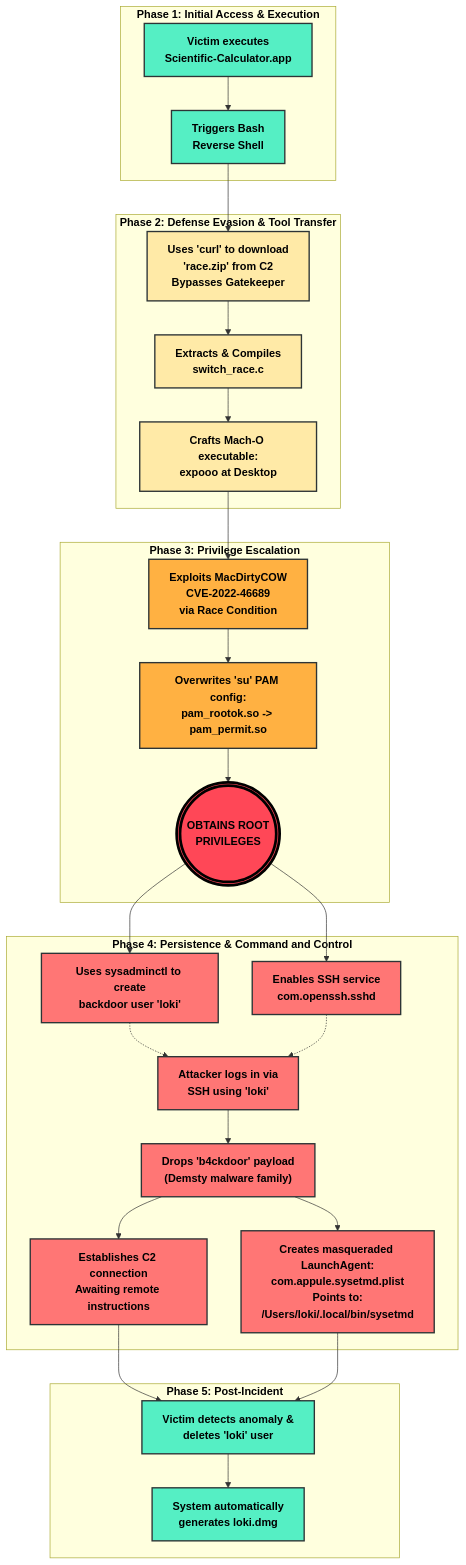
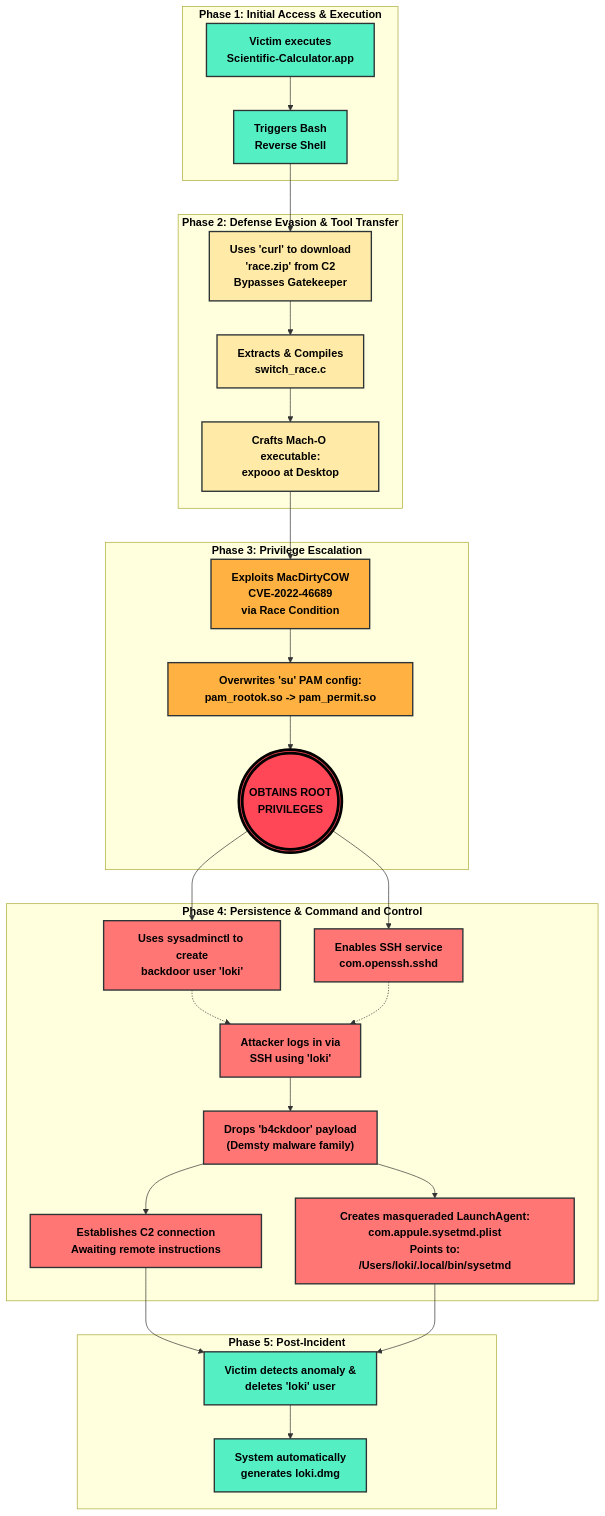
Before and after one commit to kitnee/CTF_WriteUps: the diagram in Sherlock/Ruse/wu.md, drawn with Mermaid.

Commit message:
Fixing mermaid diagram render

````diff
--- a/Sherlock/Ruse/wu.md
+++ b/Sherlock/Ruse/wu.md
@@ -587,41 +587,40 @@
 ```mermaid
 flowchart TD
-    %% Đổi toàn bộ chữ sang màu đen (#000000) và dùng màu nền Pastel để chống lỗi hiển thị
     classDef red fill:#ff7675,stroke:#2d3436,stroke-width:2px,color:#000000,font-weight:bold;
     classDef orange fill:#ffb142,stroke:#2d3436,stroke-width:2px,color:#000000,font-weight:bold;
     classDef yellow fill:#ffeaa7,stroke:#2d3436,stroke-width:2px,color:#000000,font-weight:bold;
     classDef green fill:#55efc4,stroke:#2d3436,stroke-width:2px,color:#000000,font-weight:bold;
     classDef root fill:#ff4757,stroke:#000000,stroke-width:4px,color:#000000,font-weight:bold;
 
     subgraph Phase1 ["Phase 1: Initial Access & Execution"]
         A["Victim executes<br/>Scientific-Calculator.app"]:::green --> B["Triggers Bash<br/>Reverse Shell"]:::green
     end
 
     subgraph Phase2 ["Phase 2: Defense Evasion & Tool Transfer"]
         B --> C["Uses 'curl' to download<br/>'race.zip' from C2<br/>Bypasses Gatekeeper"]:::yellow
         C --> D["Extracts & Compiles<br/>switch_race.c"]:::yellow
         D --> E["Crafts Mach-O executable:<br/>expooo at Desktop"]:::yellow
     end
 
     subgraph Phase3 ["Phase 3: Privilege Escalation"]
         E --> F["Exploits MacDirtyCOW<br/>CVE-2022-46689<br/>via Race Condition"]:::orange
-        F --> G["Overwrites 'su' PAM config:<br/>pam_rootok.so -> pam_permit.so"]:::orange
+        F --> G["<div style='min-width: 300px;'>Overwrites 'su' PAM config:<br/>pam_rootok.so -> pam_permit.so</div>"]:::orange
         G --> H((("OBTAINS ROOT<br/>PRIVILEGES"))):::root
     end
 
     subgraph Phase4 ["Phase 4: Persistence & Command and Control"]
         H --> I["Uses sysadminctl to create<br/>backdoor user 'loki'"]:::red
         H --> J["Enables SSH service<br/>com.openssh.sshd"]:::red
         I -.-> K
         J -.-> K["Attacker logs in via<br/>SSH using 'loki'"]:::red
         K --> L["Drops 'b4ckdoor' payload<br/>(Demsty malware family)"]:::red
-        L --> M["Creates masqueraded LaunchAgent:<br/>com.appule.sysetmd.plist<br/>Points to:<br/>/Users/loki/.local/bin/sysetmd"]:::red
-        L --> P["Establishes C2 connection<br/>Awaiting remote instructions"]:::red
+        L --> M["<div style='min-width: 350px;'>Creates masqueraded LaunchAgent:<br/>com.appule.sysetmd.plist<br/>Points to:<br/>/Users/loki/.local/bin/sysetmd</div>"]:::red
+        L --> P["<div style='min-width: 280px;'>Establishes C2 connection<br/>Awaiting remote instructions</div>"]:::red
     end
 
     subgraph Phase5 ["Phase 5: Post-Incident"]
         P --> N["Victim detects anomaly &<br/>deletes 'loki' user"]:::green
         M --> N
         N --> O["System automatically<br/>generates loki.dmg"]:::green
     end
 ```
````
